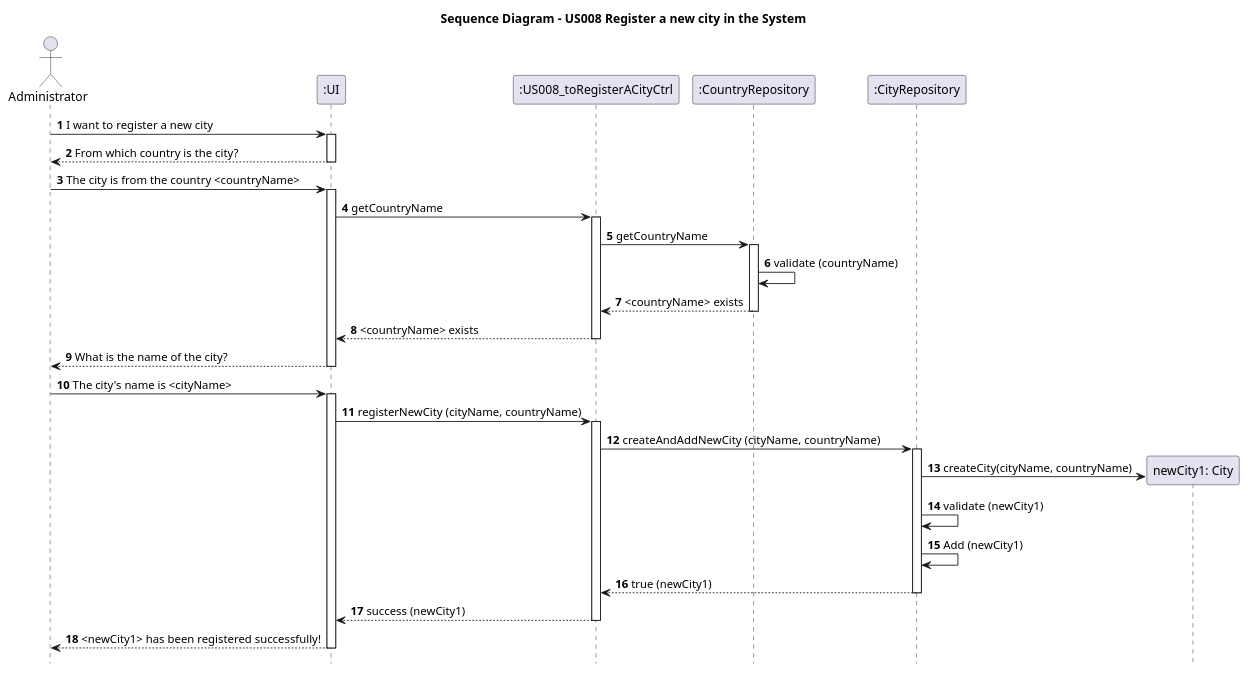
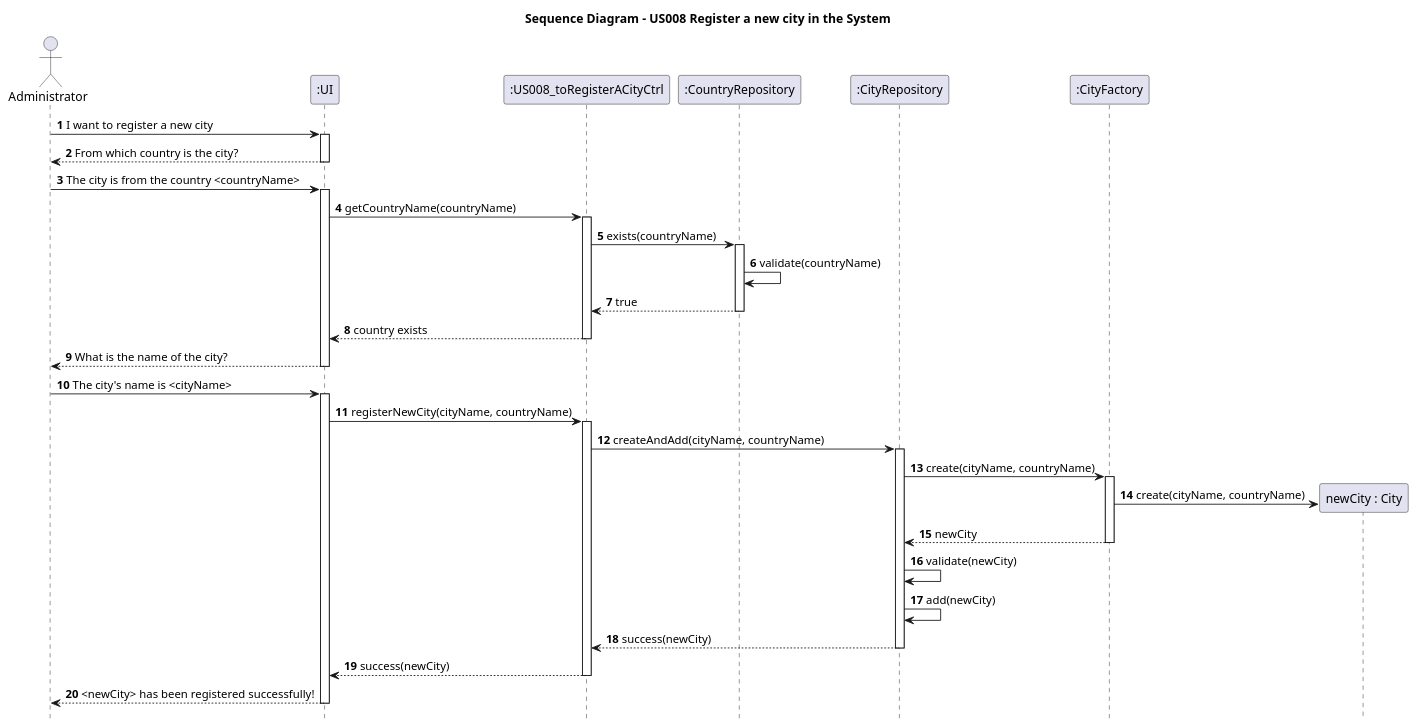
Before and after one commit to AndrePereiraGitH/SWitCH-Project-Team_A: the diagram in Diagrams/SequenceDiagrams/N2/US008-to-register-new-city-in-the-system.puml, drawn with PlantUML. The commit also changed 3 other files, not shown here.

```diff
--- a/Diagrams/SequenceDiagrams/N2/US008-to-register-new-city-in-the-system.puml
+++ b/Diagrams/SequenceDiagrams/N2/US008-to-register-new-city-in-the-system.puml
@@ -1,65 +1,67 @@
 @startuml
 
 footbox off
-
 title Sequence Diagram - US008 Register a new city in the System
-
 
 actor Administrator
 participant ":UI" as UI
-
-
 participant ":US008_toRegisterACityCtrl" as CityController
 participant ":CountryRepository" as CountryRepository
-participant ":CityRepository" as AddressRepository
+participant ":CityRepository" as CityRepository
+participant ":CityFactory" as CityFactory
 
 Administrator -> UI : **1** I want to register a new city
 activate UI
+
 UI --> Administrator : **2** From which country is the city?
 deactivate UI
+
 Administrator -> UI : **3** The city is from the country <countryName>
 activate UI
 
+UI -> CityController : **4** getCountryName(countryName)
+activate CityController
 
-UI -> CityController : **4** getCountryName
-activate CityController
-CityController -> CountryRepository : **5** getCountryName
+CityController -> CountryRepository : **5** exists(countryName)
 activate CountryRepository
-CountryRepository -> CountryRepository : **6** validate (countryName)
-
-
-CountryRepository --> CityController : **7** <countryName> exists
+CountryRepository -> CountryRepository : **6** validate(countryName)
+CountryRepository --> CityController : **7** true
 deactivate CountryRepository
 
-CityController --> UI : **8** <countryName> exists
+CityController --> UI : **8** country exists
 deactivate CityController
 
 UI --> Administrator : **9** What is the name of the city?
 deactivate UI
 
 Administrator -> UI : **10** The city's name is <cityName>
 activate UI
-UI -> CityController : **11** registerNewCity (cityName, countryName)
 
+UI -> CityController : **11** registerNewCity(cityName, countryName)
 activate CityController
 
-CityController -> AddressRepository : **12** createAndAddNewCity (cityName, countryName)
-activate AddressRepository
+CityController -> CityRepository : **12** createAndAdd(cityName, countryName)
+activate CityRepository
 
+CityRepository -> CityFactory : **13** create(cityName, countryName)
+activate CityFactory
 
-create "newCity1: City" as City
-AddressRepository -> City : **13** createCity(cityName, countryName)
+create "newCity : City" as City
+CityFactory -> City : **14** create(cityName, countryName)
 
+CityFactory --> CityRepository : **15** newCity
+deactivate CityFactory
 
-AddressRepository -> AddressRepository : **14** validate (newCity1)
-AddressRepository -> AddressRepository : **15** Add (newCity1)
+CityRepository -> CityRepository : **16** validate(newCity)
+CityRepository -> CityRepository : **17** add(newCity)
 
-AddressRepository --> CityController : **16** true (newCity1)
-deactivate AddressRepository
+CityRepository --> CityController : **18** success(newCity)
+deactivate CityRepository
 
-CityController --> UI : **17** success (newCity1)
+CityController --> UI : **19** success(newCity)
 deactivate CityController
 
-UI --> Administrator : **18** <newCity1> has been registered successfully!
+UI --> Administrator : **20** <newCity> has been registered successfully!
 deactivate UI
+
 @enduml
```
